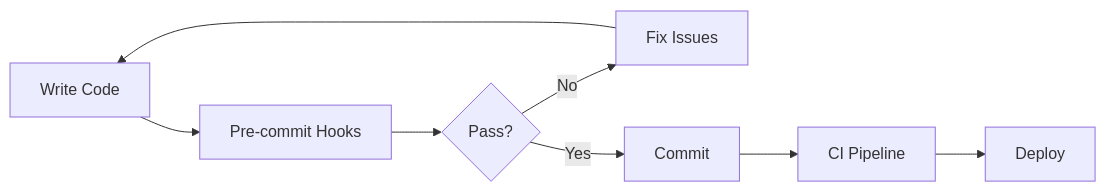
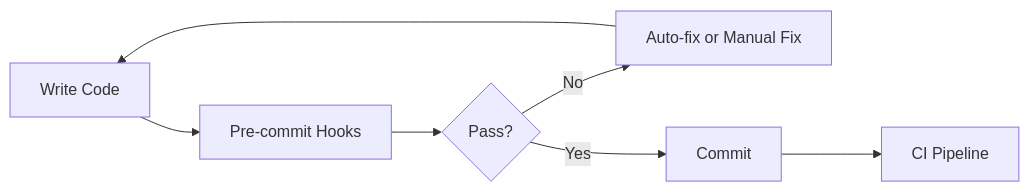
The third of 3 diagrams in README.md (STICORP/tributum-back), drawn with Mermaid before and after one commit. The commit also changed other lines of this file, not shown here.

````diff
--- a/README.md
+++ b/README.md
@@ -854,10 +245,9 @@
 ```mermaid
 graph LR
     A[Write Code] --> B[Pre-commit Hooks]
     B --> C{Pass?}
-    C -->|No| D[Fix Issues]
+    C -->|No| D[Auto-fix or Manual Fix]
     D --> A
     C -->|Yes| E[Commit]
     E --> F[CI Pipeline]
-    F --> G[Deploy]
 ```
````
